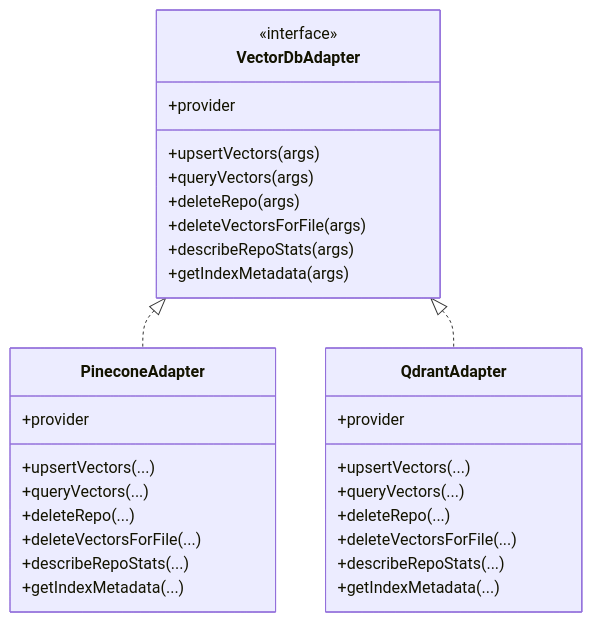
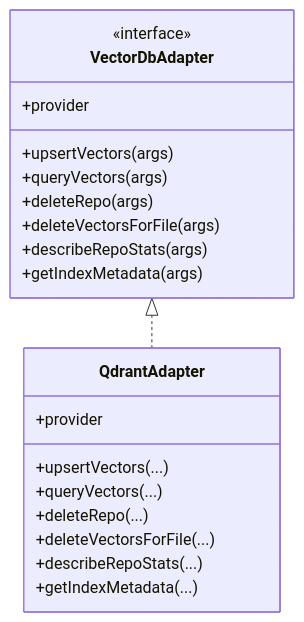
Before and after one commit to bramburn/repomix-runner: the eighth of 15 diagrams in .qoder/repowiki/en/content/Indexing and Search System/Indexing and Search System.md, drawn with Mermaid. The commit also changed other lines of this file and 41 other files, not shown here.

````diff
--- a/.qoder/repowiki/en/content/Indexing and Search System/Indexing and Search System.md
+++ b/.qoder/repowiki/en/content/Indexing and Search System/Indexing and Search System.md
@@ -418,33 +380,23 @@
 ```mermaid
 classDiagram
 class VectorDbAdapter {
 <<interface>>
 +provider
 +upsertVectors(args)
 +queryVectors(args)
 +deleteRepo(args)
 +deleteVectorsForFile(args)
 +describeRepoStats(args)
 +getIndexMetadata(args)
 }
-class PineconeAdapter {
-+provider
-+upsertVectors(...)
-+queryVectors(...)
-+deleteRepo(...)
-+deleteVectorsForFile(...)
-+describeRepoStats(...)
-+getIndexMetadata(...)
-}
 class QdrantAdapter {
 +provider
 +upsertVectors(...)
 +queryVectors(...)
 +deleteRepo(...)
 +deleteVectorsForFile(...)
 +describeRepoStats(...)
 +getIndexMetadata(...)
 }
-VectorDbAdapter <|.. PineconeAdapter
 VectorDbAdapter <|.. QdrantAdapter
 ```
````
